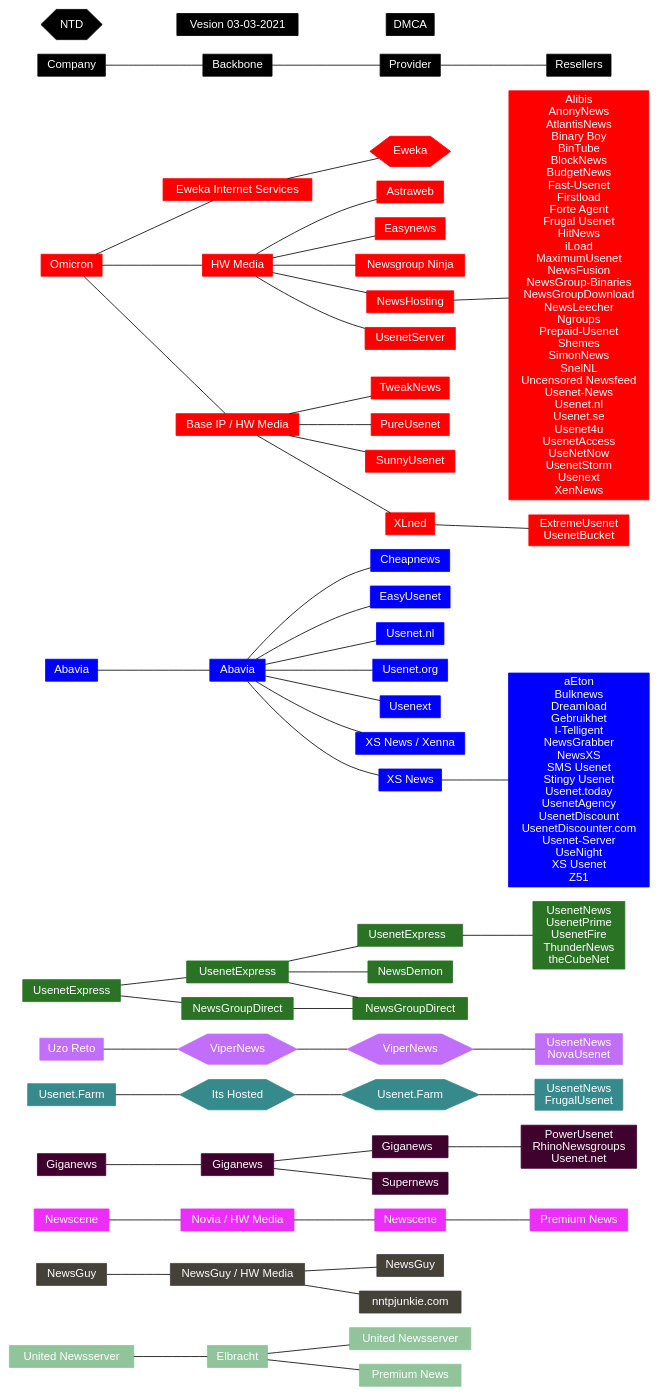
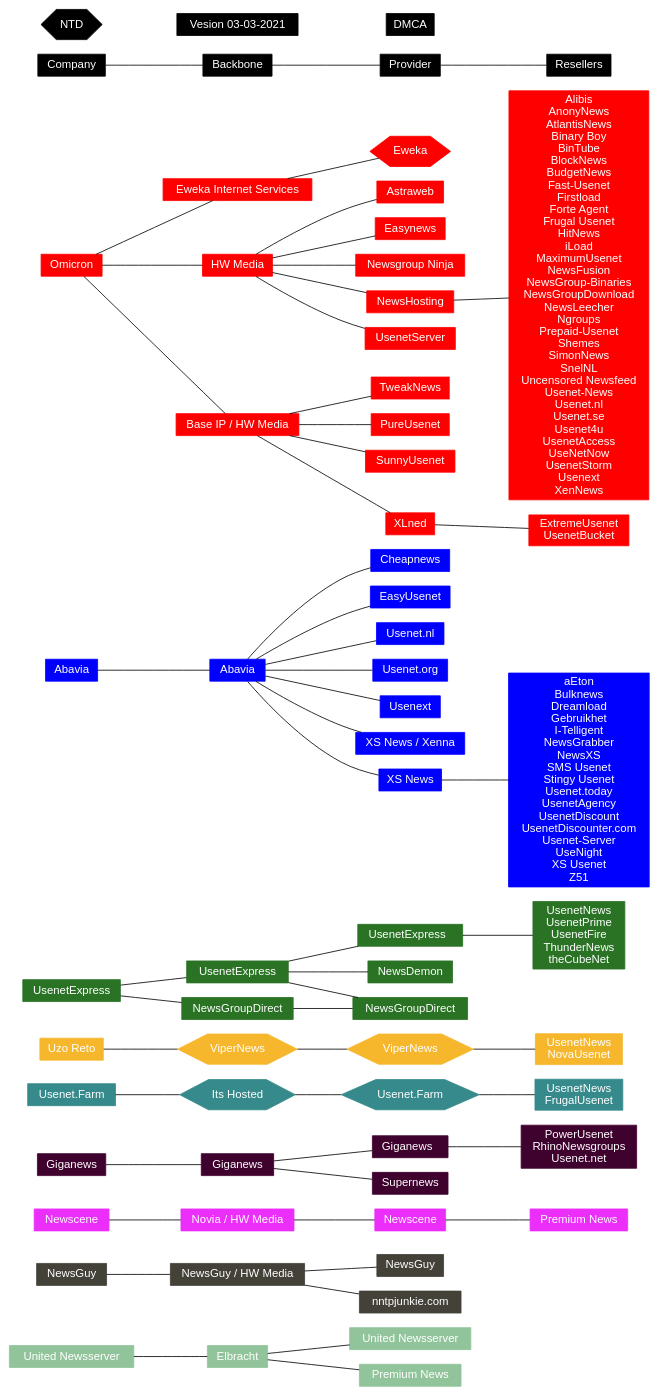
One commit to hassonipulus/usenet_tree changed the diagram in graph.gv. Above: the diagram before and after it, drawn with Graphviz.

```diff
--- a/graph.gv
+++ b/graph.gv
@@ -1,106 +1,106 @@
 
 # https://edotor.net/
 graph graphname {
 bgcolor=white  	#background color
 rankdir=LR 		#direction of graph, eg LR is Left-to-Right ,TB is Top-to-Bottom
 node [shape = box  style=filled fontcolor=white height=.37 fontname=Helvetica] #these effect everything below unless overridden by another "node[]" statement
 edge [color=black] #the edge is the lines between company/backbone/provider reseller
 
     node [color="#91c49b"] #we change the colour of each company, eg omicron is "red"
 "United Newsserver " --	"Elbracht"
 "Elbracht" -- "United Newsserver"
 "Elbracht" -- "Premium News "
      
     node [color="#444139"]
 "NewsGuy " -- "NewsGuy / HW Media" -- "NewsGuy"
 "NewsGuy / HW Media" -- "nntpjunkie.com"
 
     node [color="#ec2efa"]
 "Newscene " -- "Novia / HW Media" -- "Newscene" -- "Premium News"
  
     node [color="#3f022e"]
 "Giganews" --	"Giganews " -- "Giganews  "
 "Giganews " --	"Supernews"
 "Giganews  " --	"PowerUsenet\nRhinoNewsgroups\nUsenet.net"
 
     node [color="#368a8b"]
 "Usenet.Farm " -- {node[shape=hexagon]"Its Hosted"} -- {node[shape=hexagon]"Usenet.Farm"} -- "UsenetNews\nFrugalUsenet" #the "{node[shape=folder fontcolor=orange]"Usenet.Farm"}" is for marking something as NTD
  
-    node [color="#c16ffa"]
+    node [color="#f6b72d"]
 "Uzo Reto" -- {node[shape=hexagon]"ViperNews"} -- {node[shape=hexagon]"ViperNews "} -- " UsenetNews\nNovaUsenet"
  
     node [color="#2a7325"]
 "UsenetExpress" -- "UsenetExpress " -- "UsenetExpress  " -- "UsenetNews\nUsenetPrime\n UsenetFire\nThunderNews\n theCubeNet"
 "UsenetExpress " -- "NewsDemon"
 "UsenetExpress " -- "NewsGroupDirect "
 "UsenetExpress" -- "NewsGroupDirect" -- "NewsGroupDirect "
  
     node [color=blue]
 "Abavia" -- "Abavia " -- "Cheapnews"
 "Abavia " -- "EasyUsenet"
 "Abavia " -- "Usenet.nl"
 "Abavia " -- "Usenet.org"
 "Abavia " -- "Usenext"
 "Abavia " -- "XS News / Xenna"
 "Abavia " -- "XS News"
 "XS News" -- "aEton\nBulknews\nDreamload\nGebruikhet\nI-Telligent\nNewsGrabber\nNewsXS\nSMS Usenet\nStingy Usenet\nUsenet.today\nUsenetAgency\nUsenetDiscount\nUsenetDiscounter.com\nUsenet-Server\nUseNight\nXS Usenet\nZ51"
  
     node [color=red]
 "Omicron" --  "Eweka Internet Services" -- {node[shape=hexagon] Eweka}
 "Omicron" -- "HW Media"
 "HW Media" -- "Astraweb"
 "HW Media" -- "Easynews"
 "HW Media" -- "Newsgroup Ninja"
 "HW Media" -- "NewsHosting"
 "HW Media" -- "UsenetServer"
 "NewsHosting" -- "Alibis\nAnonyNews\nAtlantisNews\nBinary Boy\nBinTube\nBlockNews\nBudgetNews\nFast-Usenet\nFirstload\nForte Agent\nFrugal Usenet\nHitNews\niLoad\nMaximumUsenet\nNewsFusion\nNewsGroup-Binaries\nNewsGroupDownload\nNewsLeecher\nNgroups\nPrepaid-Usenet\nShemes\nSimonNews\nSnelNL\nUncensored Newsfeed\nUsenet-News\nUsenet.nl\nUsenet.se\nUsenet4u\nUsenetAccess\nUseNetNow\nUsenetStorm\nUsenext\nXenNews"
  
 "Omicron" -- "Base IP / HW Media"
 "Base IP / HW Media" -- "TweakNews"
 "Base IP / HW Media" -- "PureUsenet"
 "Base IP / HW Media" -- "SunnyUsenet"
 "Base IP / HW Media" -- "XLned"
 "XLned" -- "ExtremeUsenet\nUsenetBucket"
 
     node [shape = box style="filled" color=black] 
 "Company" -- "Backbone" -- "Provider" -- "Resellers"
 edge [style=invis]
 "Vesion 03-03-2021" -- "DMCA"
 
 	node[shape=hexagon fillcolor=black] edge [style=invis]
 "NTD" -- "Vesion 03-03-2021"
 }
 
 /*The " -- " symbol defiines a relationship between "parent -- child"
 
 Some companies/providers/backbones have the same name Eg Altopia_company_ serves Altopia_backbone
 who then serves Altopia_provider, because they all have to have unique names I just added some extra spaces
 at the end eg "Altopia" -- "Altopia " -- "Altoipia  "
 
 
 To generate an updated version it's all doable in your browser and we've kept it fairly simple.
 
 https://edotor.net/ is probably where you're viewing this from.
 
 As you edit the left text you'll see, in real time, the changes made on the right side.
 
 Importantly when you're done editing, in the top-left click the "Download" button, select SVG.
 
 Woopdidoo, you now have downloaded an updated tree diagram.
 
 Also importantly, in the top right corner click "Copy Share Link". Now you can share this link 
 for people to resume where ever you left off editing.
 
 
 The rest is fairly self explanitory. 
 
 For the non-programmers:
 
 The " -- " symbol defiines a relationship between "parent -- child"
 
 Curly braces "{}" constrict code to within the braces eg. "{node[shape=folder fontcolor=orange] Eweka}" the "shape" and "fontcolor" only effects "Eweka" because it's the only thing contained within the curly braces
 
 "\n" does a new line, eg "UsenetNews\nUsenetPrime\n UsenetFire" puts each reseller on a new line
 
 "#" is a comment which doesn't effect the code, effects from "#" til the end of the line
 */
```
